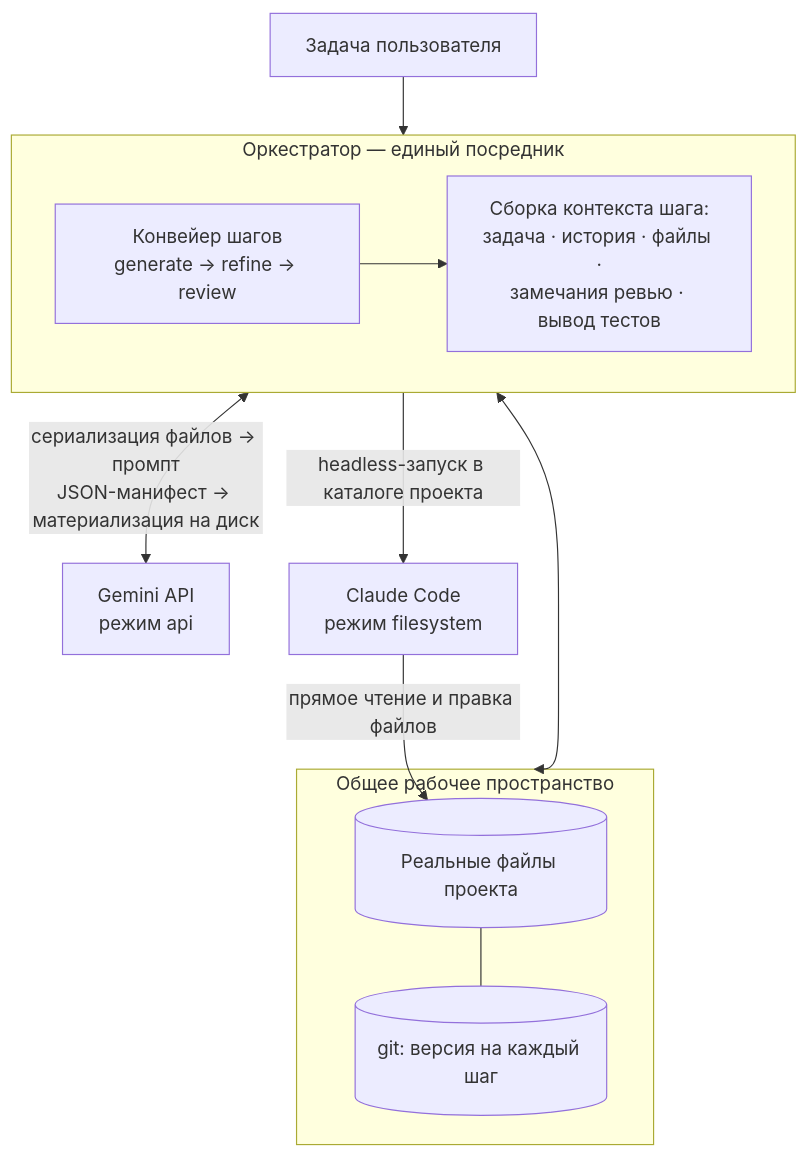
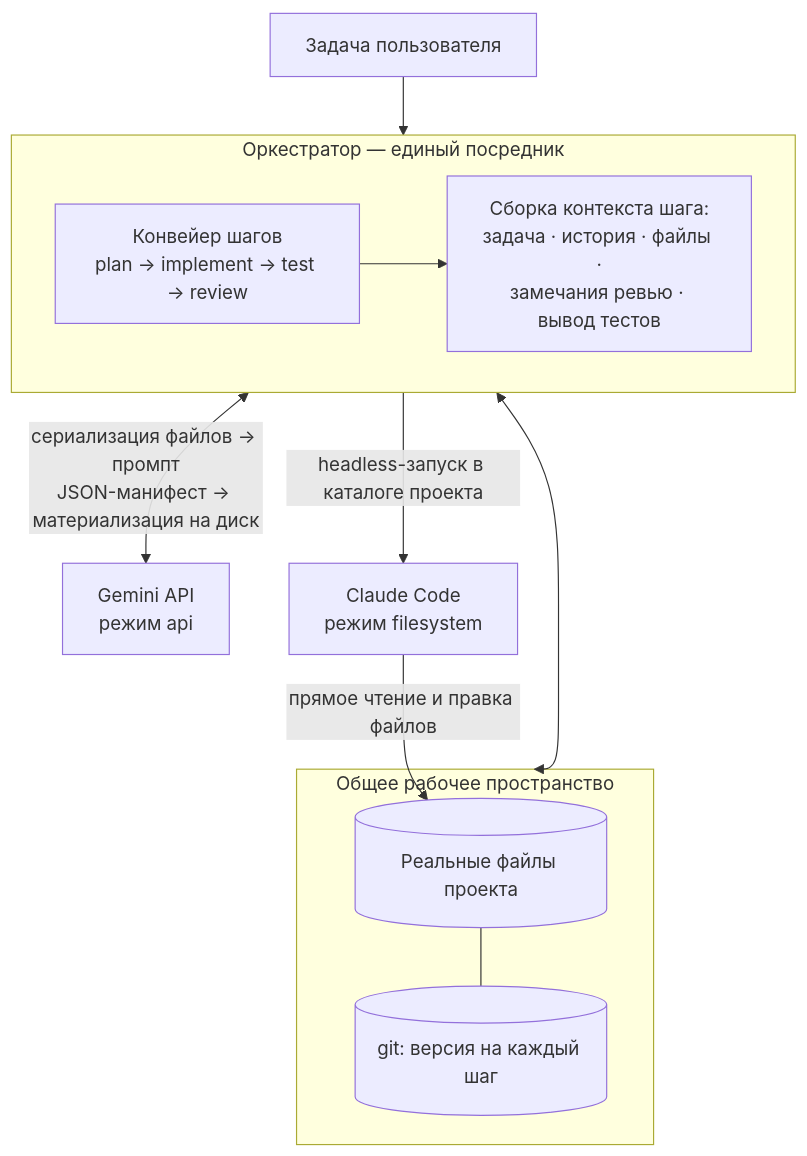
One commit to Trouvere/ai-orchestrator changed the diagram in ARCHITECTURE.md. Above: the diagram before and after it, drawn with Mermaid. The commit also changed other lines of this file and 8 other files, not shown here.

````diff
--- a/ARCHITECTURE.md
+++ b/ARCHITECTURE.md
@@ -11,17 +11,17 @@
 ```mermaid
 flowchart TB
     U[Задача пользователя] --> O
 
     subgraph O[Оркестратор — единый посредник]
-        P[Конвейер шагов<br/>generate → refine → review] --> C[Сборка контекста шага:<br/>задача · история · файлы ·<br/>замечания ревью · вывод тестов]
+        P[Конвейер шагов<br/>plan → implement → test → review] --> C[Сборка контекста шага:<br/>задача · история · файлы ·<br/>замечания ревью · вывод тестов]
     end
 
     subgraph WS[Общее рабочее пространство]
         F[(Реальные файлы проекта)] --- G[(git: версия на каждый шаг)]
     end
 
     O <-->|"сериализация файлов → промпт<br/>JSON-манифест → материализация на диск"| GM[Gemini API<br/>режим api]
     O -->|headless-запуск в каталоге проекта| CC[Claude Code<br/>режим filesystem]
     CC -->|прямое чтение и правка файлов| F
     O <--> WS
 ```
````
